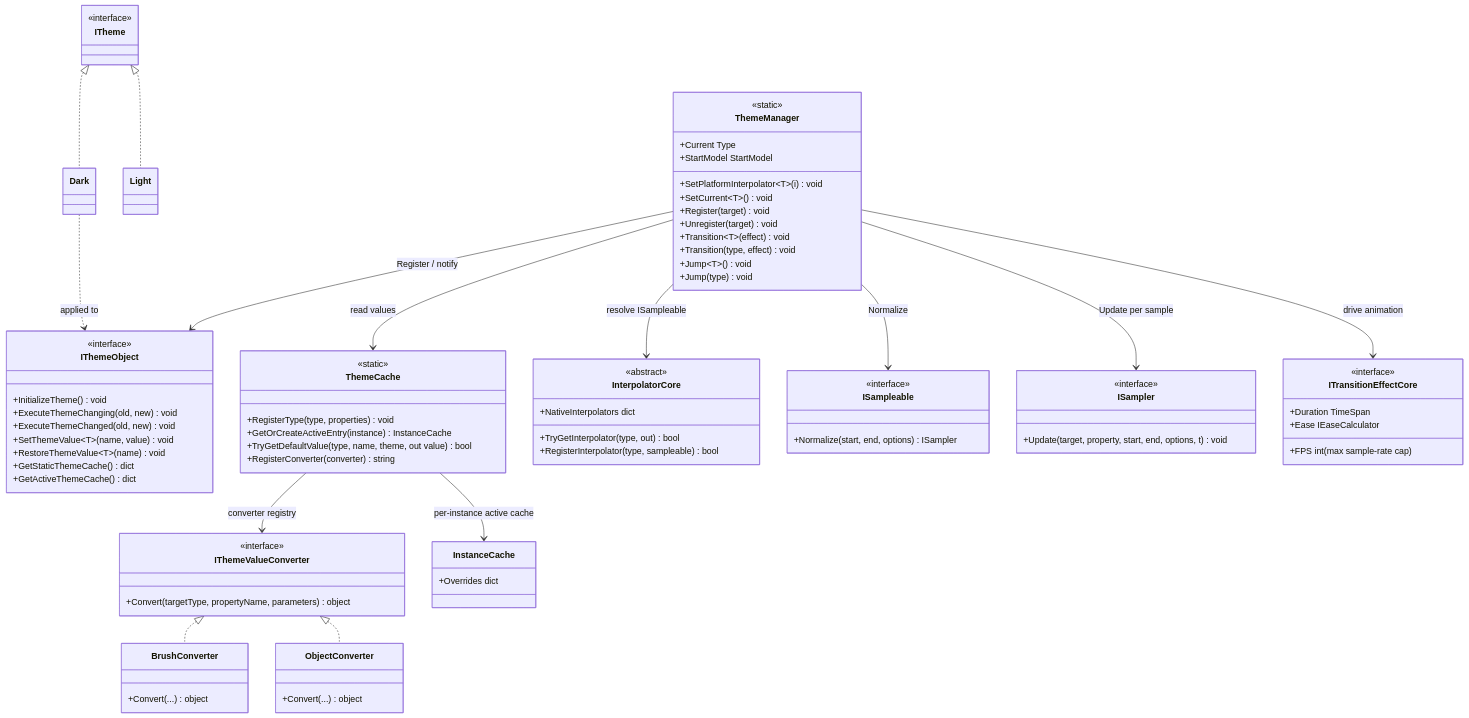
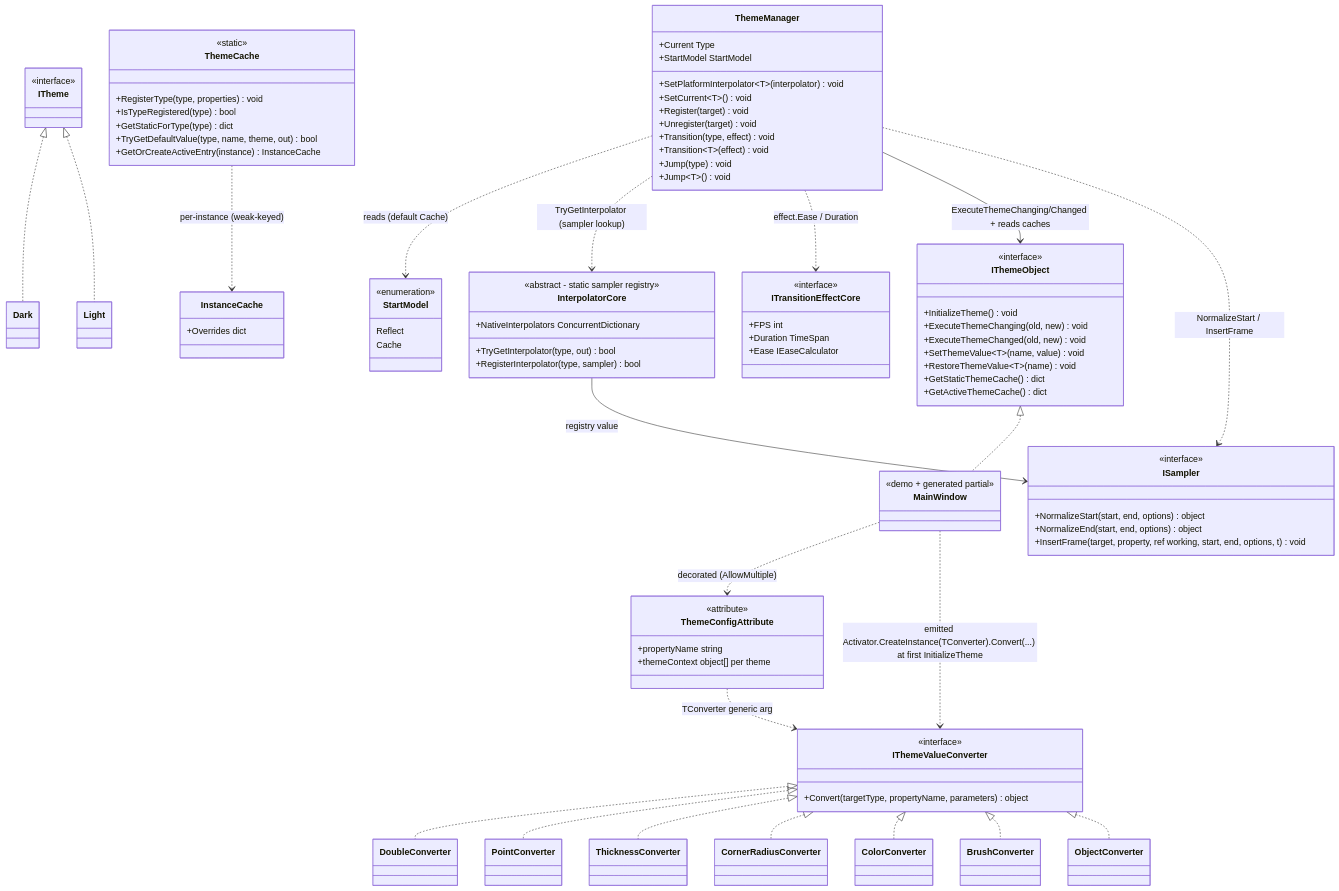
Before and after one commit to Axvser/VeloxDev.Docs: the diagram in src/CloudGlyph/Assets/Docs/content/en/3_SE_Analysis/02_design-patterns/04_dynamic-theme/index.md, drawn with Mermaid. The commit also changed other lines of this file and 443 other files, not shown here.

````diff
--- a/src/CloudGlyph/Assets/Docs/content/en/3_SE_Analysis/02_design-patterns/04_dynamic-theme/index.md
+++ b/src/CloudGlyph/Assets/Docs/content/en/3_SE_Analysis/02_design-patterns/04_dynamic-theme/index.md
@@ -9,9 +9,12 @@
     class ITheme {
         <<interface>>
     }
-    class Dark {
-    }
-    class Light {
+    class Dark
+    class Light
+    class ThemeConfigAttribute {
+        <<attribute>>
+        +propertyName string
+        +themeContext object[] per theme
     }
     class IThemeObject {
         <<interface>>
@@ -23,25 +26,33 @@
         +GetStaticThemeCache() dict
         +GetActiveThemeCache() dict
     }
+    class MainWindow {
+        <<demo + generated partial>>
+    }
     class ThemeManager {
-        <<static>>
         +Current Type
         +StartModel StartModel
-        +SetPlatformInterpolator~T~(i) void
+        +SetPlatformInterpolator~T~(interpolator) void
         +SetCurrent~T~() void
         +Register(target) void
         +Unregister(target) void
+        +Transition(type, effect) void
         +Transition~T~(effect) void
-        +Transition(type, effect) void
+        +Jump(type) void
         +Jump~T~() void
-        +Jump(type) void
+    }
+    class StartModel {
+        <<enumeration>>
+        Reflect
+        Cache
     }
     class ThemeCache {
         <<static>>
         +RegisterType(type, properties) void
+        +IsTypeRegistered(type) bool
+        +GetStaticForType(type) dict
+        +TryGetDefaultValue(type, name, theme, out) bool
         +GetOrCreateActiveEntry(instance) InstanceCache
-        +TryGetDefaultValue(type, name, theme, out value) bool
-        +RegisterConverter(converter) string
     }
     class InstanceCache {
         +Overrides dict
@@ -50,44 +61,50 @@
         <<interface>>
         +Convert(targetType, propertyName, parameters) object
     }
-    class BrushConverter {
-        +Convert(...) object
-    }
-    class ObjectConverter {
-        +Convert(...) object
-    }
+    class DoubleConverter
+    class PointConverter
+    class ThicknessConverter
+    class CornerRadiusConverter
+    class ColorConverter
+    class BrushConverter
+    class ObjectConverter
     class InterpolatorCore {
-        <<abstract>>
-        +NativeInterpolators dict
+        <<abstract - static sampler registry>>
+        +NativeInterpolators ConcurrentDictionary
         +TryGetInterpolator(type, out) bool
-        +RegisterInterpolator(type, sampleable) bool
-    }
-    class ISampleable {
-        <<interface>>
-        +Normalize(start, end, options) ISampler
+        +RegisterInterpolator(type, sampler) bool
     }
     class ISampler {
         <<interface>>
-        +Update(target, property, start, end, options, t) void
+        +NormalizeStart(start, end, options) object
+        +NormalizeEnd(start, end, options) object
+        +InsertFrame(target, property, ref working, start, end, options, t) void
     }
     class ITransitionEffectCore {
         <<interface>>
-        +FPS int (max sample-rate cap)
+        +FPS int
         +Duration TimeSpan
         +Ease IEaseCalculator
     }
 
     ITheme <|.. Dark
     ITheme <|.. Light
-    ThemeManager --> IThemeObject : Register / notify
-    ThemeManager --> ThemeCache : read values
-    ThemeManager --> InterpolatorCore : resolve ISampleable
-    ThemeManager --> ISampleable : Normalize
-    ThemeManager --> ISampler : Update per sample
-    ThemeManager --> ITransitionEffectCore : drive animation
+    ThemeManager ..> StartModel : reads (default Cache)
+    ThemeManager ..> InterpolatorCore : TryGetInterpolator (sampler lookup)
+    ThemeManager ..> ITransitionEffectCore : effect.Ease / Duration
+    ThemeManager --> IThemeObject : ExecuteThemeChanging/Changed + reads caches
+    IThemeObject <|.. MainWindow
+    MainWindow ..> ThemeConfigAttribute : decorated (AllowMultiple)
+    ThemeConfigAttribute ..> IThemeValueConverter : TConverter generic arg
+    MainWindow ..> IThemeValueConverter : emitted Activator.CreateInstance(TConverter).Convert(...) at first InitializeTheme
+    ThemeCache ..> InstanceCache : per-instance (weak-keyed)
+    IThemeValueConverter <|.. DoubleConverter
+    IThemeValueConverter <|.. PointConverter
+    IThemeValueConverter <|.. ThicknessConverter
+    IThemeValueConverter <|.. CornerRadiusConverter
+    IThemeValueConverter <|.. ColorConverter
     IThemeValueConverter <|.. BrushConverter
     IThemeValueConverter <|.. ObjectConverter
-    ThemeCache --> IThemeValueConverter : converter registry
-    ThemeCache --> InstanceCache : per-instance active cache
-    Dark ..> IThemeObject : applied to
+    InterpolatorCore --> ISampler : registry value
+    ThemeManager ..> ISampler : NormalizeStart / InsertFrame
 ```
````
